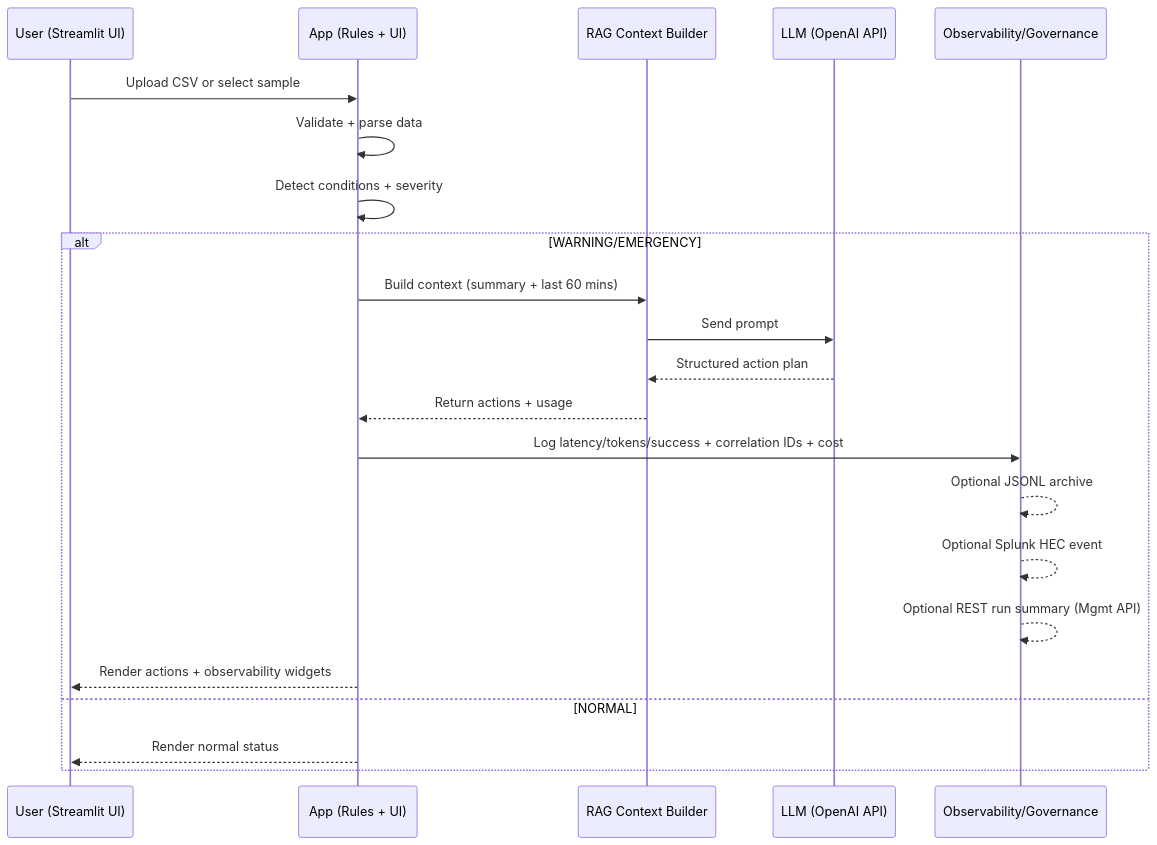
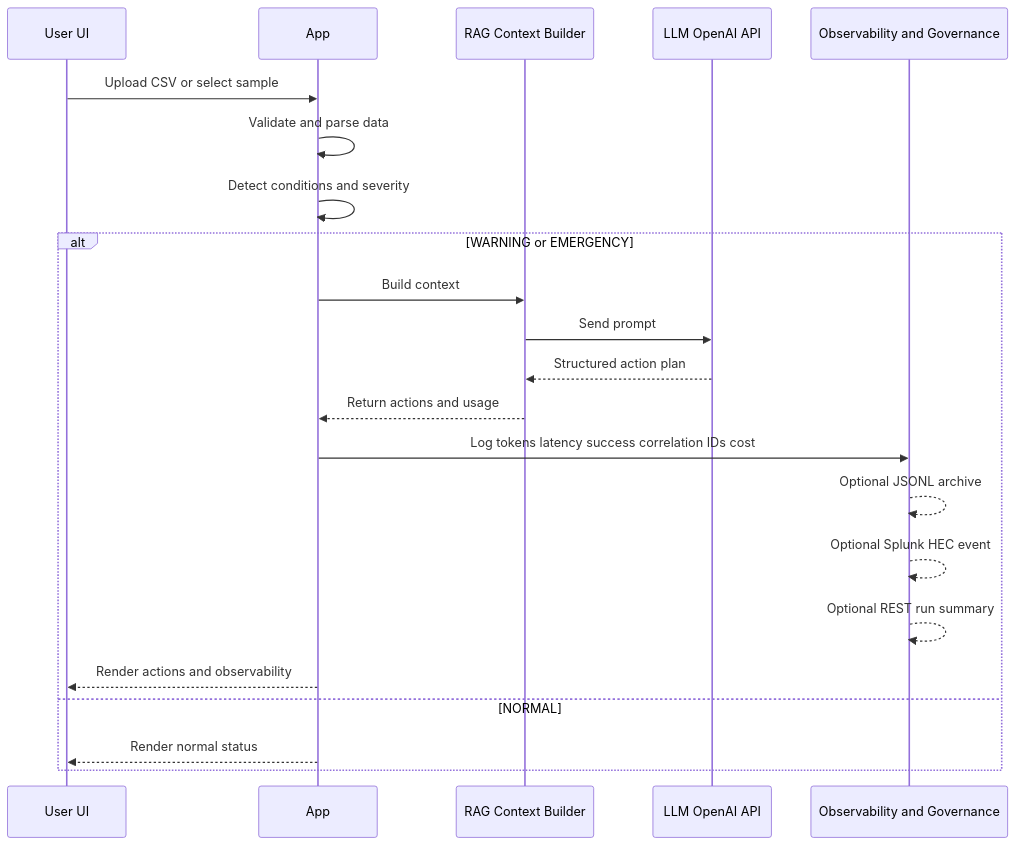
Before and after one commit to zaff3r-githubid/ai-based-patient-monitor-application: the third of 5 diagrams in ARCHITECTURE_MERMAID.md, drawn with Mermaid. The commit also changed other lines of this file, not shown here.

````diff
--- a/ARCHITECTURE_MERMAID.md
+++ b/ARCHITECTURE_MERMAID.md
@@ -70,26 +70,26 @@
 ```mermaid
 sequenceDiagram
-    participant U as User (Streamlit UI)
-    participant A as App (Rules + UI)
-    participant R as RAG Context Builder
-    participant L as LLM (OpenAI API)
-    participant O as Observability/Governance
+  participant U as User UI
+  participant A as App
+  participant R as RAG Context Builder
+  participant L as LLM OpenAI API
+  participant O as Observability and Governance
 
-    U->>A: Upload CSV or select sample
-    A->>A: Validate + parse data
-    A->>A: Detect conditions + severity
+  U->>A: Upload CSV or select sample
+  A->>A: Validate and parse data
+  A->>A: Detect conditions and severity
 
-    alt WARNING/EMERGENCY
-        A->>R: Build context (summary + last 60 mins)
-        R->>L: Send prompt
-        L-->>R: Structured action plan
-        R-->>A: Return actions + usage
-        A->>O: Log latency/tokens/success + correlation IDs + cost
-        O-->>O: Optional JSONL archive
-        O-->>O: Optional Splunk HEC event
-        O-->>O: Optional REST run summary (Mgmt API)
-        A-->>U: Render actions + observability widgets
-    else NORMAL
-        A-->>U: Render normal status
-    end
+  alt WARNING or EMERGENCY
+    A->>R: Build context
+    R->>L: Send prompt
+    L-->>R: Structured action plan
+    R-->>A: Return actions and usage
+    A->>O: Log tokens latency success correlation IDs cost
+    O-->>O: Optional JSONL archive
+    O-->>O: Optional Splunk HEC event
+    O-->>O: Optional REST run summary
+    A-->>U: Render actions and observability
+  else NORMAL
+    A-->>U: Render normal status
+  end
 ```
````
